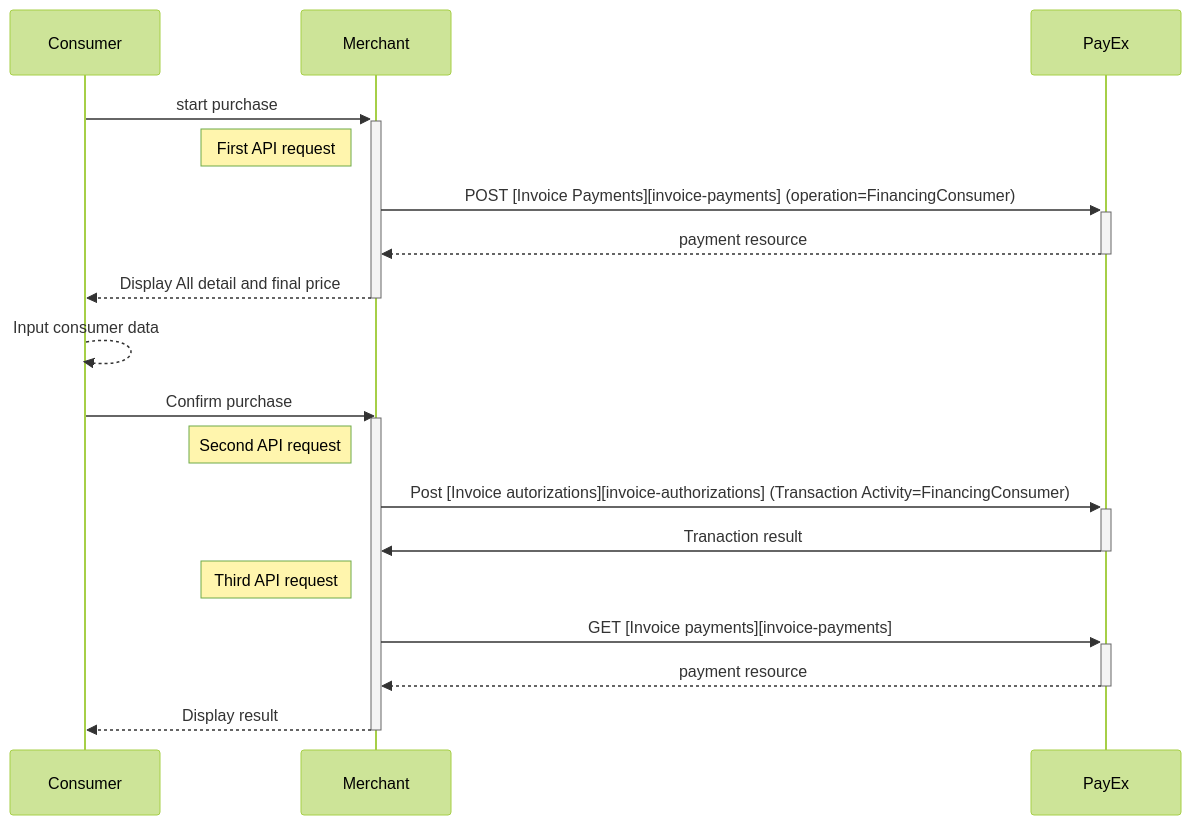
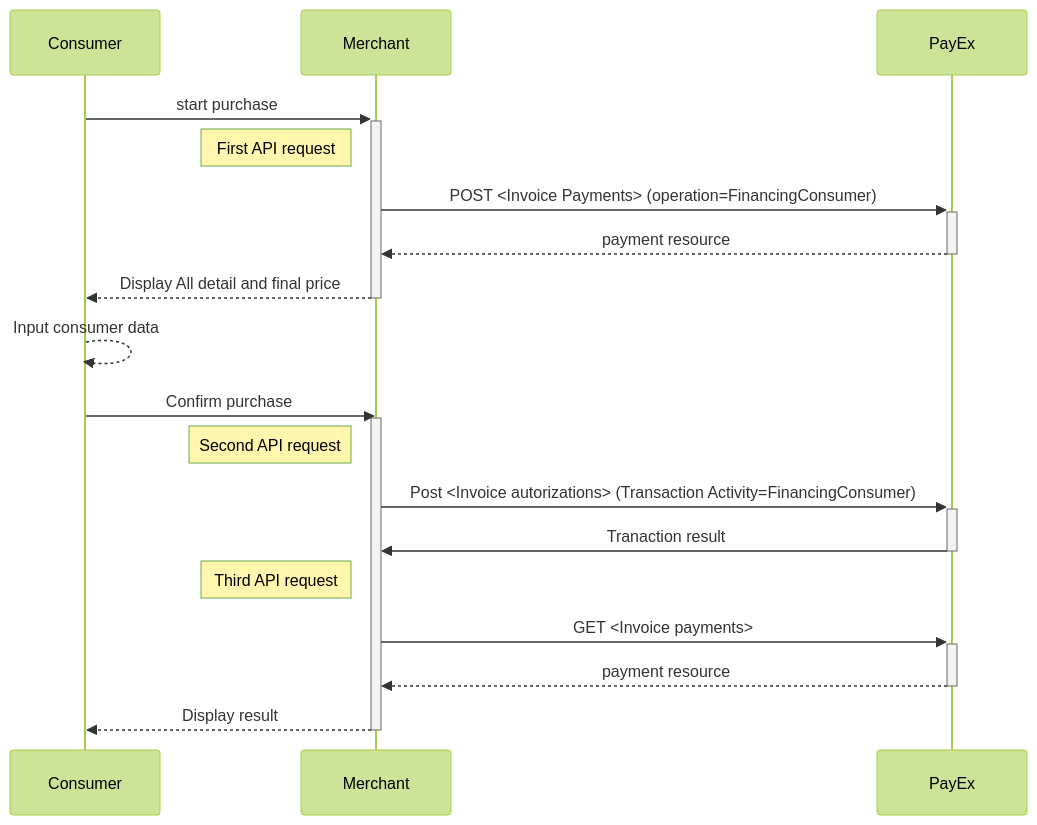
The first of 6 diagrams in payments/invoice/index.md (SwedbankPay/developer.swedbankpay.com), drawn with Mermaid (forest theme) before and after one commit. The commit also changed other lines of this file and 5 other files, not shown here.

````diff
--- a/payments/invoice/index.md
+++ b/payments/invoice/index.md
@@ -55,19 +75,19 @@
 ```mermaid
 sequenceDiagram
     Consumer->>+Merchant: start purchase
     note left of Merchant: First API request 
-    Merchant->>+PayEx: POST [Invoice Payments][invoice-payments] (operation=FinancingConsumer)
+    Merchant->>+PayEx: POST <Invoice Payments> (operation=FinancingConsumer)
     PayEx-->>-Merchant: payment resource
     Merchant-->>-Consumer: Display All detail and final price
     Consumer-->>Consumer: Input consumer data
     Consumer->>Merchant: Confirm purchase
     Activate Merchant
     note left of Merchant: Second API request
-    Merchant->>+PayEx: Post [Invoice autorizations][invoice-authorizations] (Transaction Activity=FinancingConsumer)
+    Merchant->>+PayEx: Post <Invoice autorizations> (Transaction Activity=FinancingConsumer)
     PayEx->>-Merchant: Tranaction result
     note left of Merchant: Third API request
-    Merchant->>+PayEx: GET [Invoice payments][invoice-payments]
+    Merchant->>+PayEx: GET <Invoice payments>
     PayEx-->>-Merchant: payment resource
     Merchant-->>Consumer: Display result
     Deactivate Merchant
 ```
````
